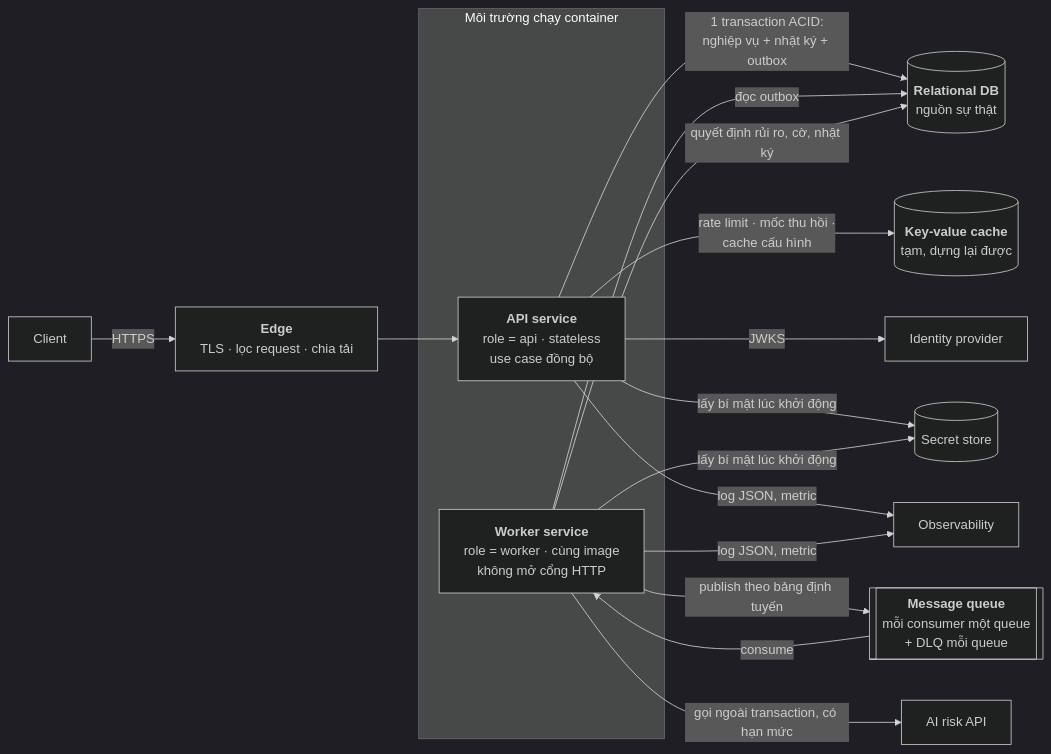
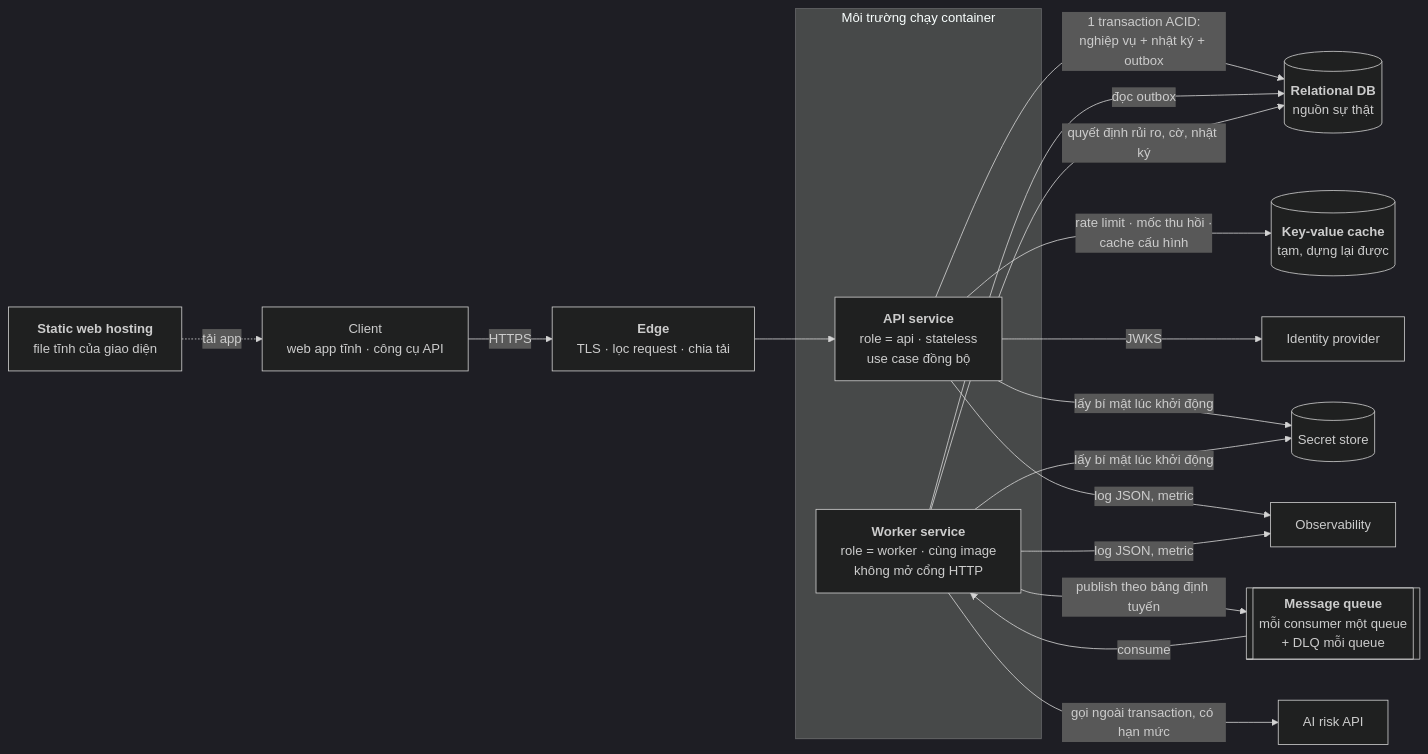
One commit to Lawliet119/digital-banking-simulator changed the second of 8 diagrams in docs/ABSTRACT_ARCHITECTURE.md. Above: the diagram before and after it, drawn with Mermaid (dark theme). The commit also changed other lines of this file and 8 other files, not shown here.

First line of the commit message:
docs: đưa giao diện web vào phạm vi, ADR-15, threat model, backlog đợt cloud (kế hoạch UI, chặng H) (#254)

````diff
--- a/docs/ABSTRACT_ARCHITECTURE.md
+++ b/docs/ABSTRACT_ARCHITECTURE.md
@@ -72,21 +72,22 @@
 ```mermaid
 flowchart LR
-    C[Client] -->|HTTPS| EDGE["<b>Edge</b><br/>TLS · lọc request · chia tải"]
+    C["Client<br/>web app tĩnh · công cụ API"] -->|HTTPS| EDGE["<b>Edge</b><br/>TLS · lọc request · chia tải"]
+    SWH["<b>Static web hosting</b><br/>file tĩnh của giao diện"] -.->|tải app| C
     EDGE --> API
 
     subgraph RT[Môi trường chạy container]
         API["<b>API service</b><br/>role = api · stateless<br/>use case đồng bộ"]
         WRK["<b>Worker service</b><br/>role = worker · cùng image<br/>không mở cổng HTTP"]
     end
 
     API -->|1 transaction ACID:<br/>nghiệp vụ + nhật ký + outbox| DB[("<b>Relational DB</b><br/>nguồn sự thật")]
     API -->|rate limit · mốc thu hồi ·<br/>cache cấu hình| KV[("<b>Key-value cache</b><br/>tạm, dựng lại được")]
     API -->|JWKS| IDP[Identity provider]
     WRK -->|đọc outbox| DB
     WRK -->|publish theo bảng định tuyến| MQ[["<b>Message queue</b><br/>mỗi consumer một queue<br/>+ DLQ mỗi queue"]]
     MQ -->|consume| WRK
     WRK -->|quyết định rủi ro, cờ, nhật ký| DB
     WRK -->|gọi ngoài transaction, có hạn mức| AI[AI risk API]
     API & WRK -->|lấy bí mật lúc khởi động| SEC[(Secret store)]
     API & WRK -->|log JSON, metric| OBS[Observability]
 ```
````
